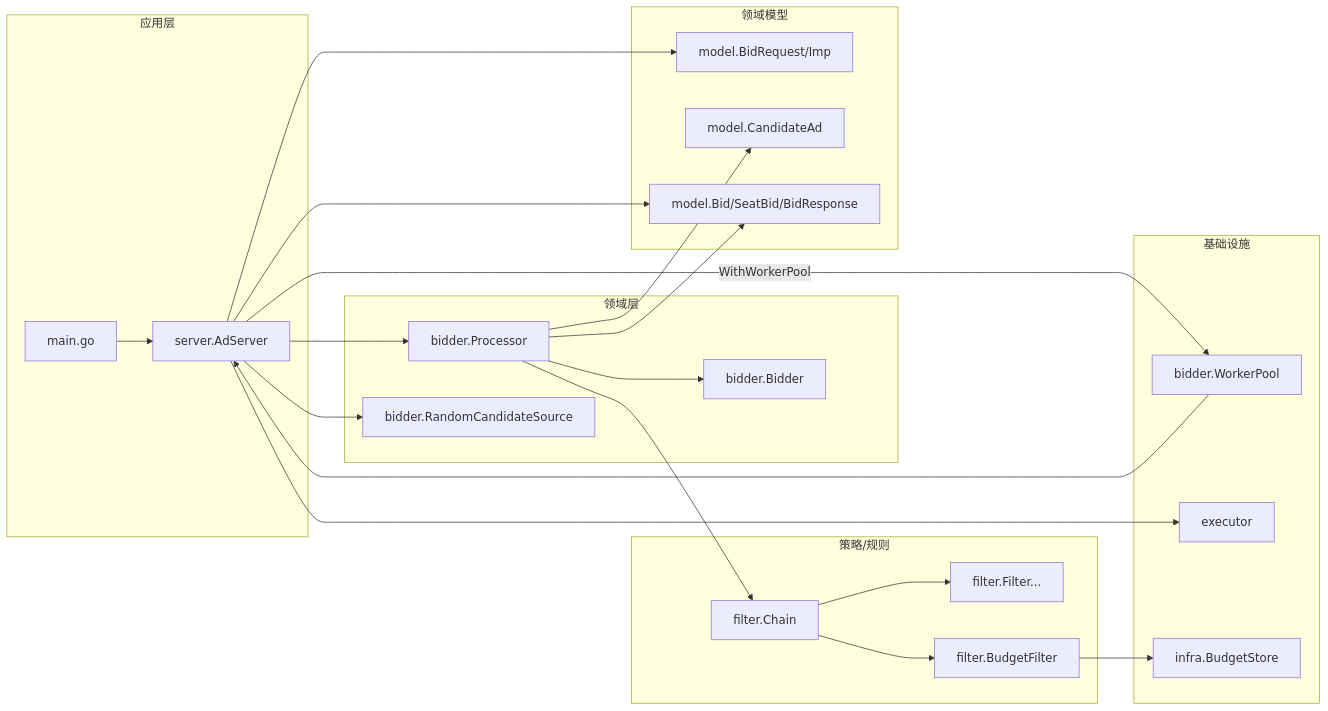
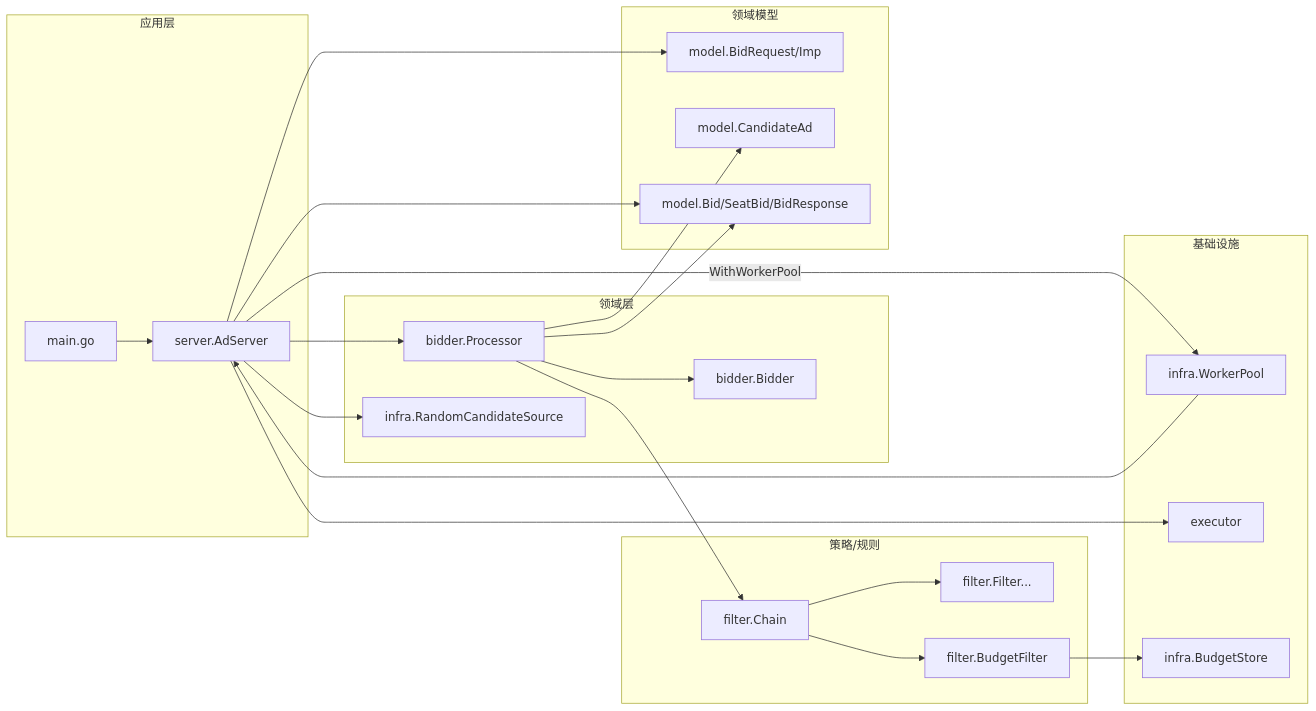
The diagram in docs/architecture.zh.md (songfei1983/adreq), drawn with Mermaid before and after one commit. The commit also changed 12 other files, not shown here.

Commit message:
Move worker pool and adapters to infra

````diff
--- a/docs/architecture.zh.md
+++ b/docs/architecture.zh.md
@@ -12,47 +12,47 @@
 ```mermaid
 flowchart LR
   subgraph app[应用层]
     main[main.go]
     srv[server.AdServer]
   end
 
   subgraph domain[领域层]
     proc[bidder.Processor]
-    source[bidder.RandomCandidateSource]
+    source[infra.RandomCandidateSource]
     bid[bidder.Bidder]
   end
 
   subgraph policy[策略/规则]
     chain[filter.Chain]
     f1[filter.Filter...]
     bf[filter.BudgetFilter]
   end
 
   subgraph infra[基础设施]
-    pool[bidder.WorkerPool]
+    pool[infra.WorkerPool]
     exec[executor]
     budget[infra.BudgetStore]
   end
 
   subgraph model[领域模型]
     req[model.BidRequest/Imp]
     cand[model.CandidateAd]
     br[model.Bid/SeatBid/BidResponse]
   end
 
   main --> srv
   srv --> req
   srv --> exec
   srv --> source
   srv --> proc
   srv -->|WithWorkerPool| pool
   pool --> srv
   proc --> chain
   proc --> bid
   proc --> cand
   chain --> f1
   chain --> bf
   bf --> budget
   proc --> br
   srv --> br
 ```
````
